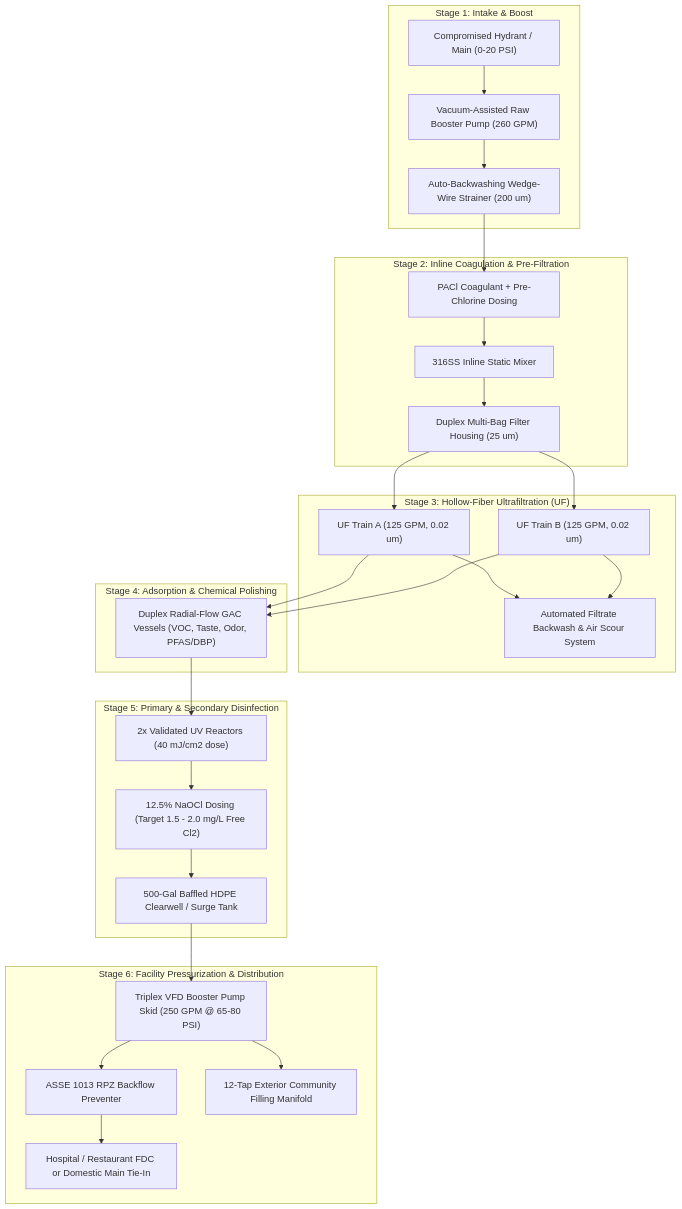
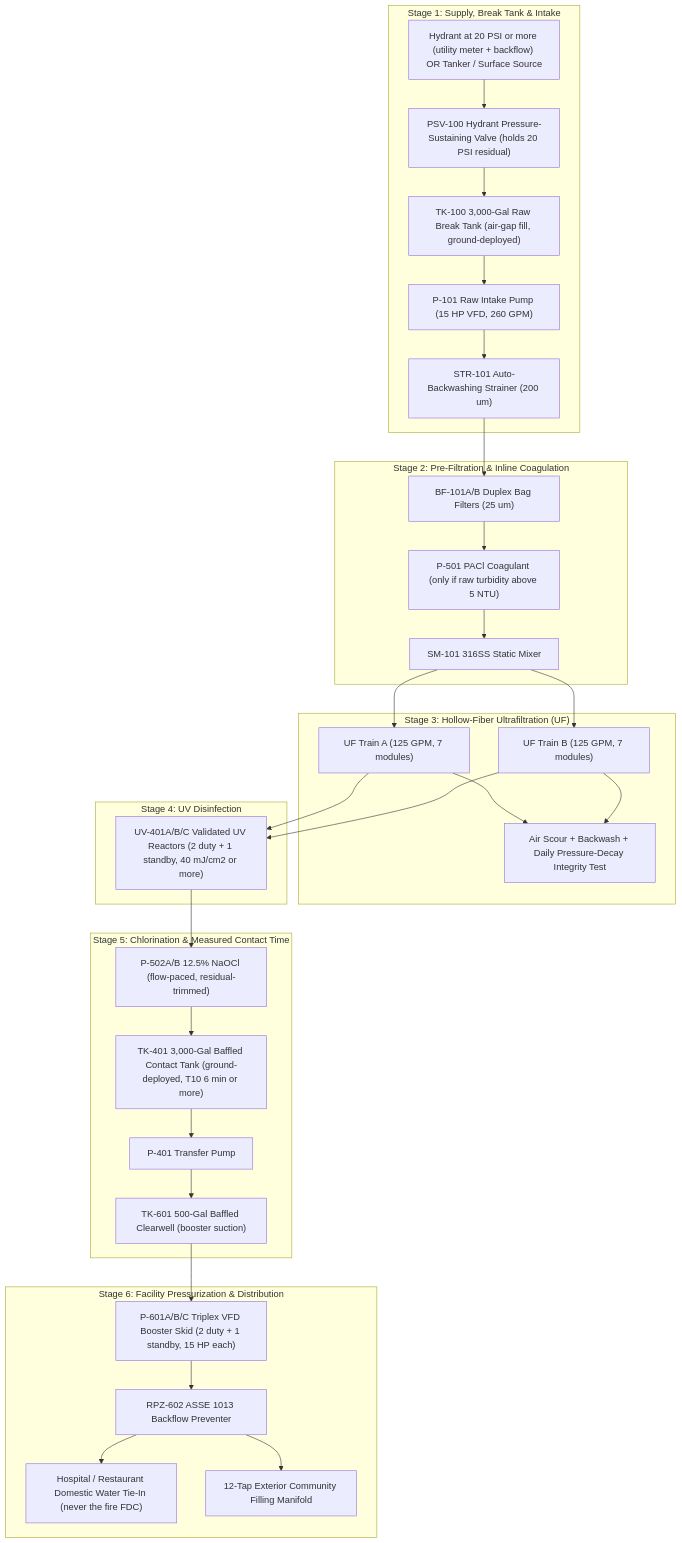
One commit to jefrix/ameripro changed the diagram in mwt/MWTP_250_Engineering_Design_Package.md. Above: the diagram before and after it, drawn with Mermaid. The commit also changed other lines of this file and 10 other files, not shown here.

````diff
--- a/mwt/MWTP_250_Engineering_Design_Package.md
+++ b/mwt/MWTP_250_Engineering_Design_Package.md
@@ -35,36 +49,39 @@
 ```mermaid
 flowchart TD
-    subgraph Stage1["Stage 1: Intake & Boost"]
-        HYD["Compromised Hydrant / Main (0-20 PSI)"] --> VBP["Vacuum-Assisted Raw Booster Pump (260 GPM)"]
-        VBP --> AS["Auto-Backwashing Wedge-Wire Strainer (200 um)"]
+    subgraph Stage1["Stage 1: Supply, Break Tank & Intake"]
+        HYD["Hydrant at 20 PSI or more (utility meter + backflow) OR Tanker / Surface Source"] --> PSV["PSV-100 Hydrant Pressure-Sustaining Valve (holds 20 PSI residual)"]
+        PSV --> TK100["TK-100 3,000-Gal Raw Break Tank (air-gap fill, ground-deployed)"]
+        TK100 --> P101["P-101 Raw Intake Pump (15 HP VFD, 260 GPM)"]
+        P101 --> AS["STR-101 Auto-Backwashing Strainer (200 um)"]
     end
 
-    subgraph Stage2["Stage 2: Inline Coagulation & Pre-Filtration"]
-        AS --> INJ1["PACl Coagulant + Pre-Chlorine Dosing"]
-        INJ1 --> SM["316SS Inline Static Mixer"]
-        SM --> BF["Duplex Multi-Bag Filter Housing (25 um)"]
+    subgraph Stage2["Stage 2: Pre-Filtration & Inline Coagulation"]
+        AS --> BF["BF-101A/B Duplex Bag Filters (25 um)"]
+        BF --> INJ1["P-501 PACl Coagulant (only if raw turbidity above 5 NTU)"]
+        INJ1 --> SM["SM-101 316SS Static Mixer"]
     end
 
     subgraph Stage3["Stage 3: Hollow-Fiber Ultrafiltration (UF)"]
-        BF --> UF1["UF Train A (125 GPM, 0.02 um)"]
-        BF --> UF2["UF Train B (125 GPM, 0.02 um)"]
-        UF1 & UF2 --> BW["Automated Filtrate Backwash & Air Scour System"]
+        SM --> UF1["UF Train A (125 GPM, 7 modules)"]
+        SM --> UF2["UF Train B (125 GPM, 7 modules)"]
+        UF1 & UF2 --> BW["Air Scour + Backwash + Daily Pressure-Decay Integrity Test"]
     end
 
-    subgraph Stage4["Stage 4: Adsorption & Chemical Polishing"]
-        UF1 & UF2 --> GAC["Duplex Radial-Flow GAC Vessels (VOC, Taste, Odor, PFAS/DBP)"]
+    subgraph Stage4["Stage 4: UV Disinfection"]
+        UF1 & UF2 --> UV["UV-401A/B/C Validated UV Reactors (2 duty + 1 standby, 40 mJ/cm2 or more)"]
     end
 
-    subgraph Stage5["Stage 5: Primary & Secondary Disinfection"]
-        GAC --> UV["2x Validated UV Reactors (40 mJ/cm2 dose)"]
-        UV --> INJ2["12.5% NaOCl Dosing (Target 1.5 - 2.0 mg/L Free Cl2)"]
-        INJ2 --> CW["500-Gal Baffled HDPE Clearwell / Surge Tank"]
+    subgraph Stage5["Stage 5: Chlorination & Measured Contact Time"]
+        UV --> INJ2["P-502A/B 12.5% NaOCl (flow-paced, residual-trimmed)"]
+        INJ2 --> CT["TK-401 3,000-Gal Baffled Contact Tank (ground-deployed, T10 6 min or more)"]
+        CT --> P401["P-401 Transfer Pump"]
+        P401 --> CW["TK-601 500-Gal Baffled Clearwell (booster suction)"]
     end
 
     subgraph Stage6["Stage 6: Facility Pressurization & Distribution"]
-        CW --> DUP["Triplex VFD Booster Pump Skid (250 GPM @ 65-80 PSI)"]
-        DUP --> RPZ["ASSE 1013 RPZ Backflow Preventer"]
-        RPZ --> BLDG["Hospital / Restaurant FDC or Domestic Main Tie-In"]
-        DUP --> TAP["12-Tap Exterior Community Filling Manifold"]
+        CW --> DUP["P-601A/B/C Triplex VFD Booster Skid (2 duty + 1 standby, 15 HP each)"]
+        DUP --> RPZ["RPZ-602 ASSE 1013 Backflow Preventer"]
+        RPZ --> BLDG["Hospital / Restaurant Domestic Water Tie-In (never the fire FDC)"]
+        RPZ --> TAP["12-Tap Exterior Community Filling Manifold"]
     end
 ```
````
